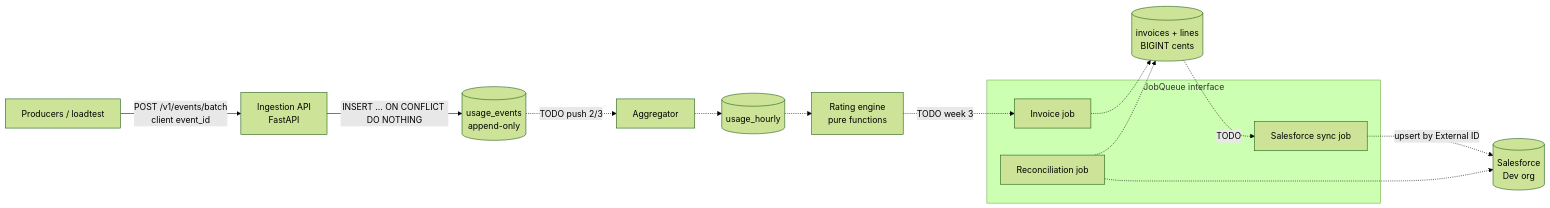
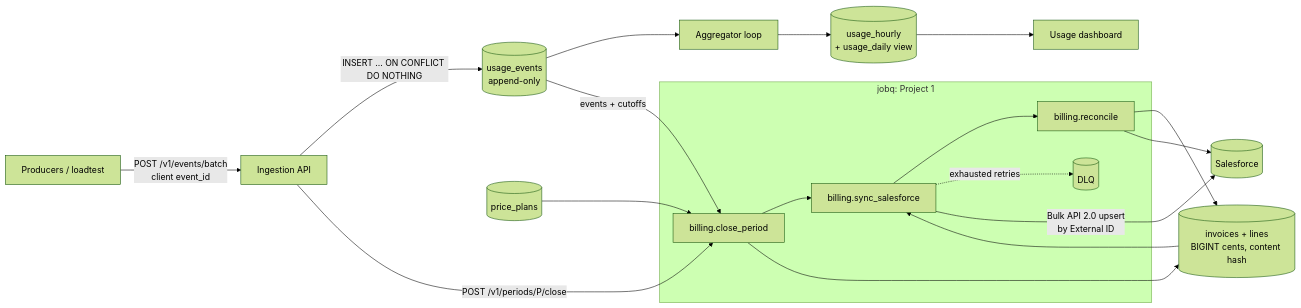
One commit to Rishavbhattarai/usage-metering-billing changed the first of 3 diagrams in docs/design.md. Above: the diagram before and after it, drawn with Mermaid (forest theme). The commit also changed other lines of this file and 53 other files, not shown here.

Commit message:
Add hourly aggregation, month-end invoicing with late-event adjustments, Salesforce sync (Bulk API 2.0) and reconciliation, all run as idempotent jobs on jobq. Include a 1M-event demo, ADRs 0002-0005 and measured results in the README.

````diff
--- a/docs/design.md
+++ b/docs/design.md
@@ -7,16 +7,17 @@
 ```mermaid
 flowchart LR
-  P[Producers / loadtest] -->|POST /v1/events/batch<br/>client event_id| ING[Ingestion API<br/>FastAPI]
+  P[Producers / loadtest] -->|POST /v1/events/batch<br/>client event_id| ING[Ingestion API]
   ING -->|INSERT ... ON CONFLICT DO NOTHING| ES[(usage_events<br/>append-only)]
-  ES -.->|TODO push 2/3| AGG[Aggregator] -.-> UH[(usage_hourly)]
-  UH -.-> RATE[Rating engine<br/>pure functions]
-  RATE -.->|TODO week 3| INV[Invoice job]
-  INV -.-> LED[(invoices + lines<br/>BIGINT cents)]
-  LED -.->|TODO| SYNC[Salesforce sync job] -.->|upsert by External ID| SF[(Salesforce<br/>Dev org)]
-  REC[Reconciliation job] -.-> LED & SF
-  subgraph Q[JobQueue interface]
-    INV
-    SYNC
-    REC
+  ES --> AGG[Aggregator loop] --> UH[(usage_hourly<br/>+ usage_daily view)]
+  UH --> DASH[Usage dashboard]
+  subgraph JQ[jobq: Project 1]
+    CLOSE[billing.close_period] --> SYNC[billing.sync_salesforce] --> REC[billing.reconcile]
+    SYNC -.exhausted retries.-> DLQ[(DLQ)]
   end
+  ING -->|POST /v1/periods/P/close| CLOSE
+  ES -->|events + cutoffs| CLOSE
+  PL[(price_plans)] --> CLOSE
+  CLOSE --> LED[(invoices + lines<br/>BIGINT cents, content hash)]
+  LED --> SYNC -->|Bulk API 2.0 upsert<br/>by External ID| SF[(Salesforce)]
+  REC --> LED & SF
 ```
````
